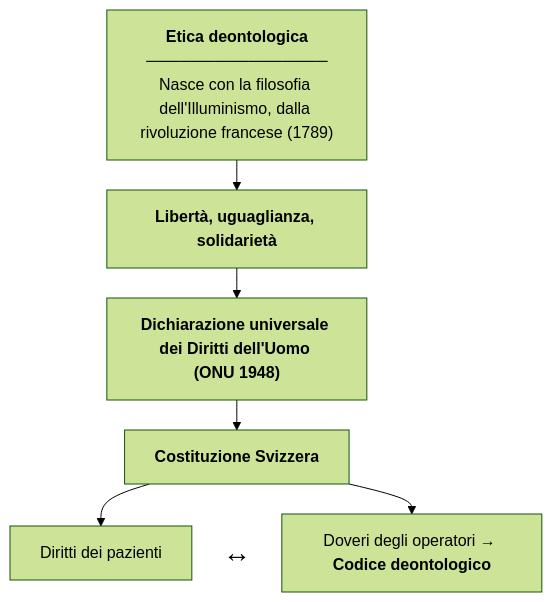
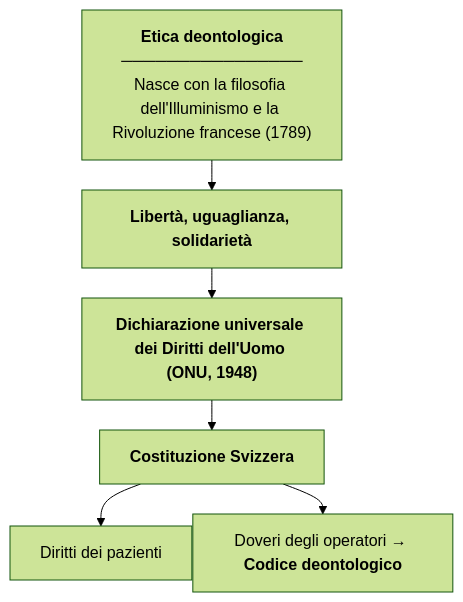
One commit to theRealCB/04_SSPSS changed the fourth of 4 diagrams in Scienze sociali/Etica/appunti.md. Above: the diagram before and after it, drawn with Mermaid (forest theme). The commit also changed other lines of this file, not shown here.

First line of the commit message:
Etica: appunti riorganizzati e completati

````diff
--- a/Scienze sociali/Etica/appunti.md
+++ b/Scienze sociali/Etica/appunti.md
@@ -198,21 +121,15 @@
 ```mermaid
 %%{init: {"flowchart": {"nodeSpacing": 1, "rankSpacing": 30}}}%%
 graph TD
-  A["<b>Etica deontologica</b><br>────────────────<br>Nasce con la filosofia dell'Illuminismo, dalla rivoluzione francese (1789)"]
+  A["<b>Etica deontologica</b><br>────────────────<br>Nasce con la filosofia dell'Illuminismo e la Rivoluzione francese (1789)"]
   B["<b>Libertà, uguaglianza, solidarietà</b>"]
-  C["<b>Dichiarazione universale dei Diritti dell'Uomo (ONU 1948)</b>"]
+  C["<b>Dichiarazione universale dei Diritti dell'Uomo (ONU, 1948)</b>"]
   D["<b>Costituzione Svizzera</b>"]
   E["Diritti dei pazienti"]
-  M["&harr;"]
   F["Doveri degli operatori &rarr; <b>Codice deontologico</b>"]
-
   A --> B
   B --> C
   C --> D
   D --> E
-  D ~~~ M
   D --> F
-
-  classDef freccia fill:none,stroke:none,font-size:28px
-  class M freccia
 ```
````
